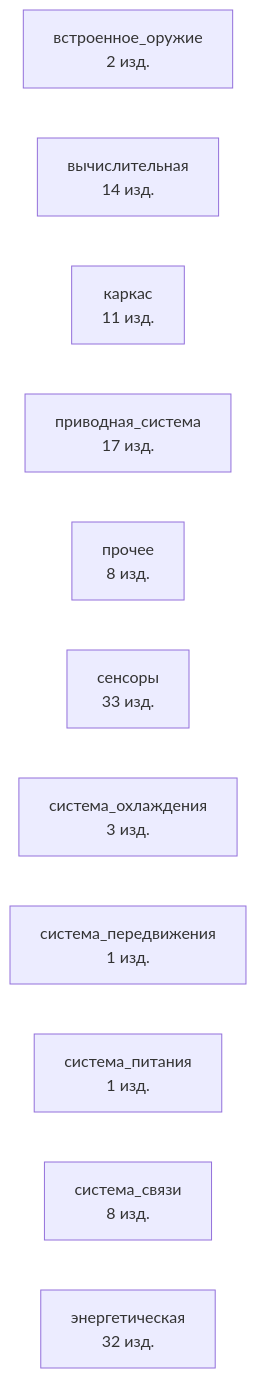
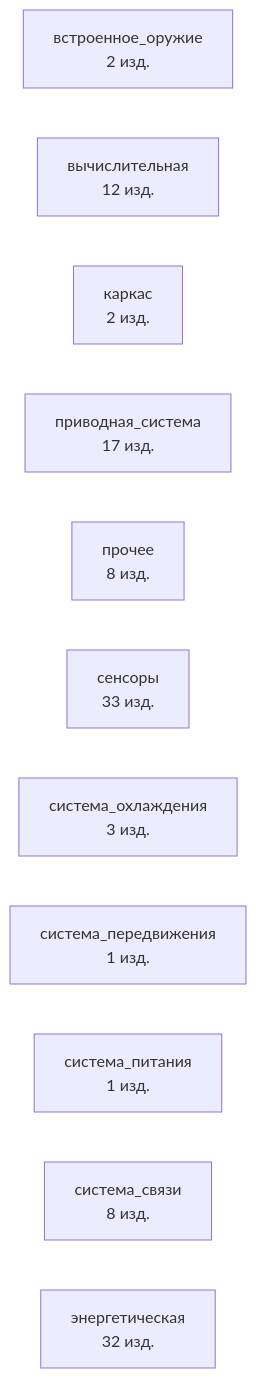
One commit to a-m-e-n-t-e-t/SkyNet changed the diagram in graphs/mermaid/graph1_overview.md. Above: the diagram before and after it, drawn with Mermaid. The commit also changed other lines of this file and 182 other files, not shown here.

````diff
--- a/graphs/mermaid/graph1_overview.md
+++ b/graphs/mermaid/graph1_overview.md
@@ -3,14 +3,14 @@
 ```mermaid
 graph LR
     sub_встроенное_оружие[встроенное_оружие<br/>2 изд.]
-    sub_вычислительная[вычислительная<br/>14 изд.]
-    sub_каркас[каркас<br/>11 изд.]
+    sub_вычислительная[вычислительная<br/>12 изд.]
+    sub_каркас[каркас<br/>2 изд.]
     sub_приводная_система[приводная_система<br/>17 изд.]
     sub_прочее[прочее<br/>8 изд.]
     sub_сенсоры[сенсоры<br/>33 изд.]
     sub_система_охлаждения[система_охлаждения<br/>3 изд.]
     sub_система_передвижения[система_передвижения<br/>1 изд.]
     sub_система_питания[система_питания<br/>1 изд.]
     sub_система_связи[система_связи<br/>8 изд.]
     sub_энергетическая[энергетическая<br/>32 изд.]
 ```
````
